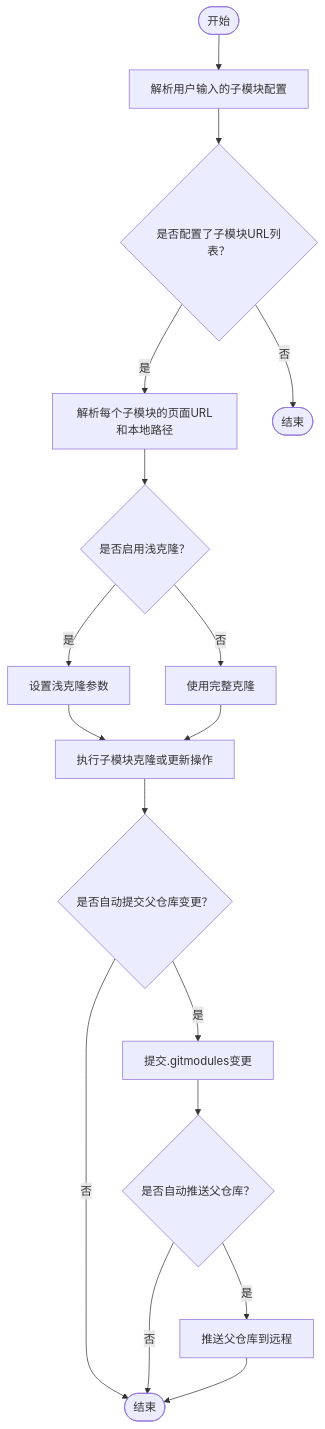
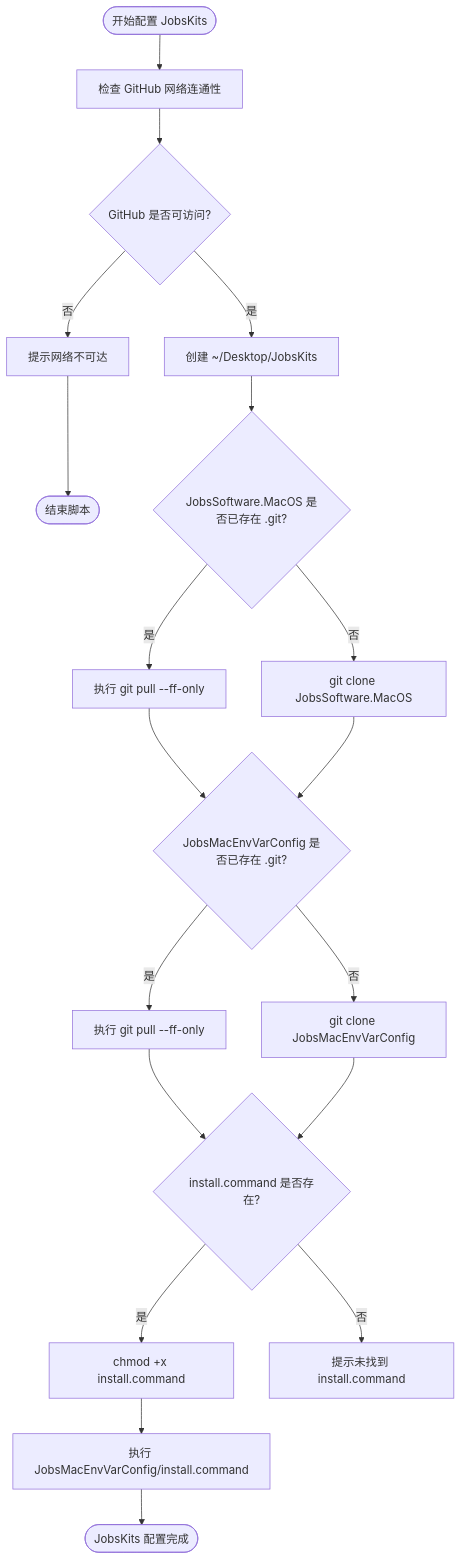
The ninth of 13 diagrams in README.md (JobsKits/JobsConfigOS), drawn with Mermaid before and after one commit. The commit also changed other lines of this file and 1 other file, not shown here.

````diff
--- a/README.md
+++ b/README.md
@@ -240,19 +604,21 @@
 ```mermaid
-graph TD
-    A([开始]) --> B[解析用户输入的子模块配置]
-    B --> C{是否配置了子模块URL列表？}
-    C --> |是| D[解析每个子模块的页面URL和本地路径]
-    C --> |否| E([结束])
-    D --> F{是否启用浅克隆？}
-    F --> |是| G[设置浅克隆参数]
-    F --> |否| H[使用完整克隆]
-    G --> I[执行子模块克隆或更新操作]
+flowchart TD
+    A([开始配置 JobsKits]) --> B[检查 GitHub 网络连通性]
+    B --> C{GitHub 是否可访问?}
+    C -- 否 --> D[提示网络不可达]
+    D --> Z([结束脚本])
+    C -- 是 --> E[创建 ~/Desktop/JobsKits]
+    E --> F{JobsSoftware.MacOS 是否已存在 .git?}
+    F -- 是 --> G[执行 git pull --ff-only]
+    F -- 否 --> H[git clone JobsSoftware.MacOS]
+    G --> I{JobsMacEnvVarConfig 是否已存在 .git?}
     H --> I
-    I --> J{是否自动提交父仓库变更？}
-    J --> |是| K[提交.gitmodules变更]
-    J --> |否| L([结束])
-    K --> M{是否自动推送父仓库？}
-    M --> |是| N[推送父仓库到远程]
-    M --> |否| L
-    N --> L
+    I -- 是 --> J[执行 git pull --ff-only]
+    I -- 否 --> K[git clone JobsMacEnvVarConfig]
+    J --> L{install.command 是否存在?}
+    K --> L
+    L -- 是 --> M[chmod +x install.command]
+    M --> N[执行 JobsMacEnvVarConfig/install.command]
+    N --> O([JobsKits 配置完成])
+    L -- 否 --> P[提示未找到 install.command]
 ```
````
